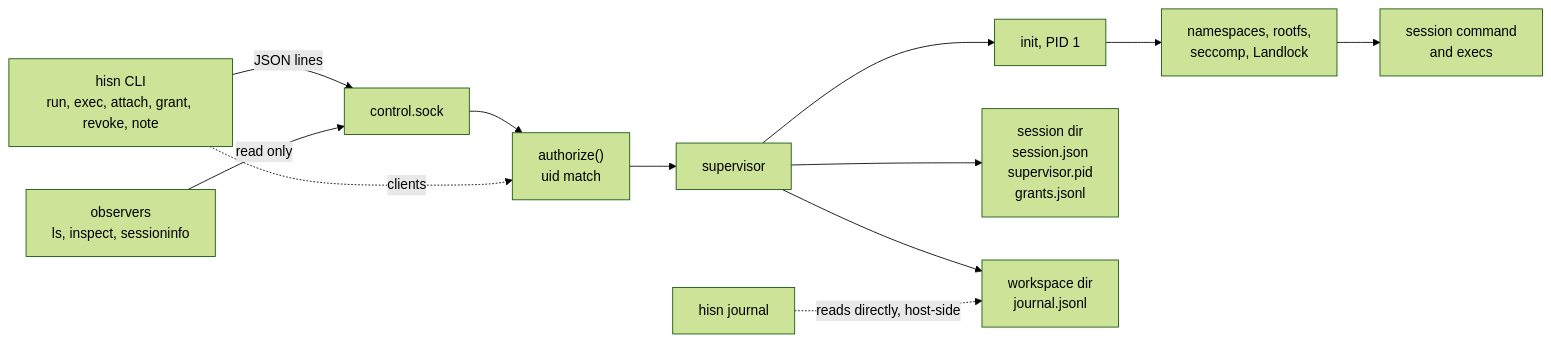
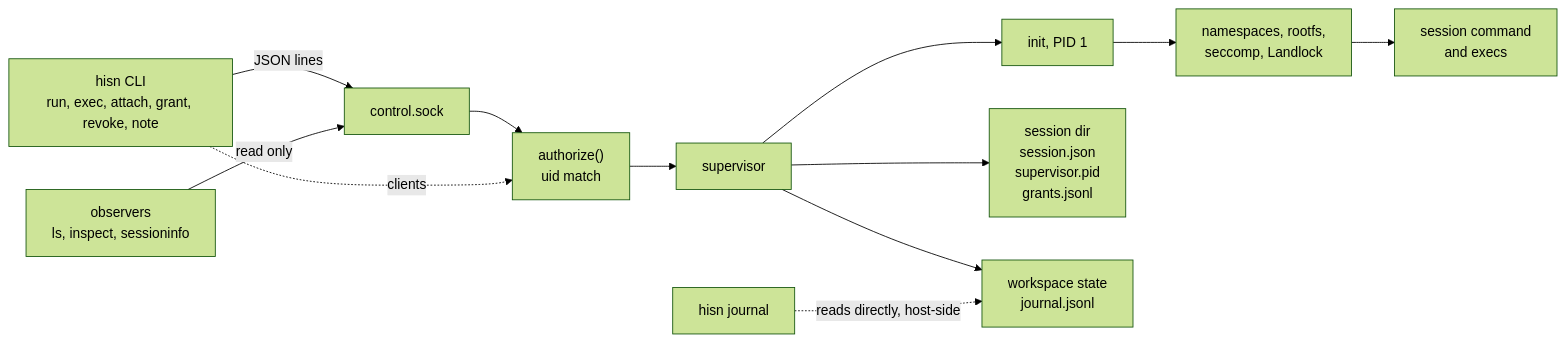
One commit to treeol/hisn changed the diagram in README.md. Above: the diagram before and after it, drawn with Mermaid (forest theme). The commit also changed other lines of this file, not shown here.

````diff
--- a/README.md
+++ b/README.md
@@ -50,14 +57,14 @@
 ```mermaid
 flowchart LR
     CLI["hisn CLI<br/>run, exec, attach, grant, revoke, note"] -->|JSON lines| SOCK["control.sock"]
     OBS["observers<br/>ls, inspect, sessioninfo"] -->|read only| SOCK
     SOCK --> AUTHZ["authorize()<br/>uid match"]
     AUTHZ --> SUP["supervisor"]
     SUP --> INIT["init, PID 1"]
     INIT --> NS["namespaces, rootfs,<br/>seccomp, Landlock"]
     NS --> CMD["session command<br/>and execs"]
     SUP --> DIR["session dir<br/>session.json<br/>supervisor.pid<br/>grants.jsonl"]
-    SUP --> WS["workspace dir<br/>journal.jsonl"]
-    JRN["hisn journal"] -.->|reads directly, host-side| WS
+    SUP --> JRN["workspace state<br/>journal.jsonl"]
+    JCLI["hisn journal"] -.->|reads directly, host-side| JRN
     CLI -.->|clients| AUTHZ
 ```
````
